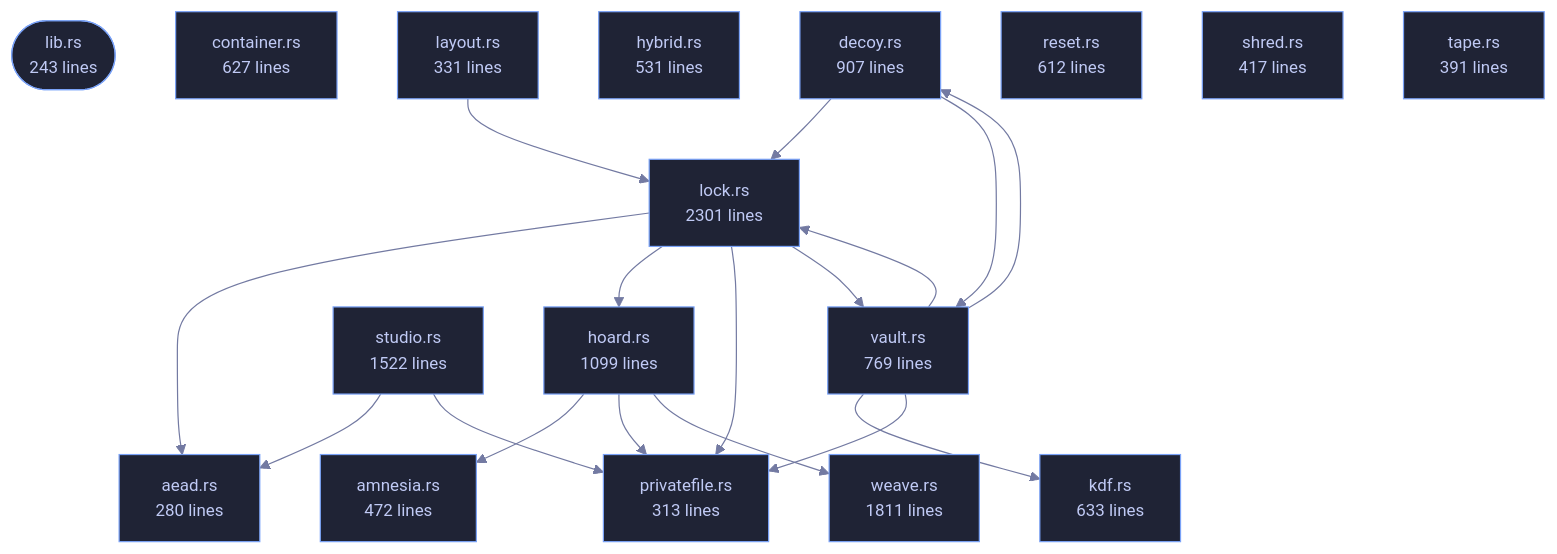
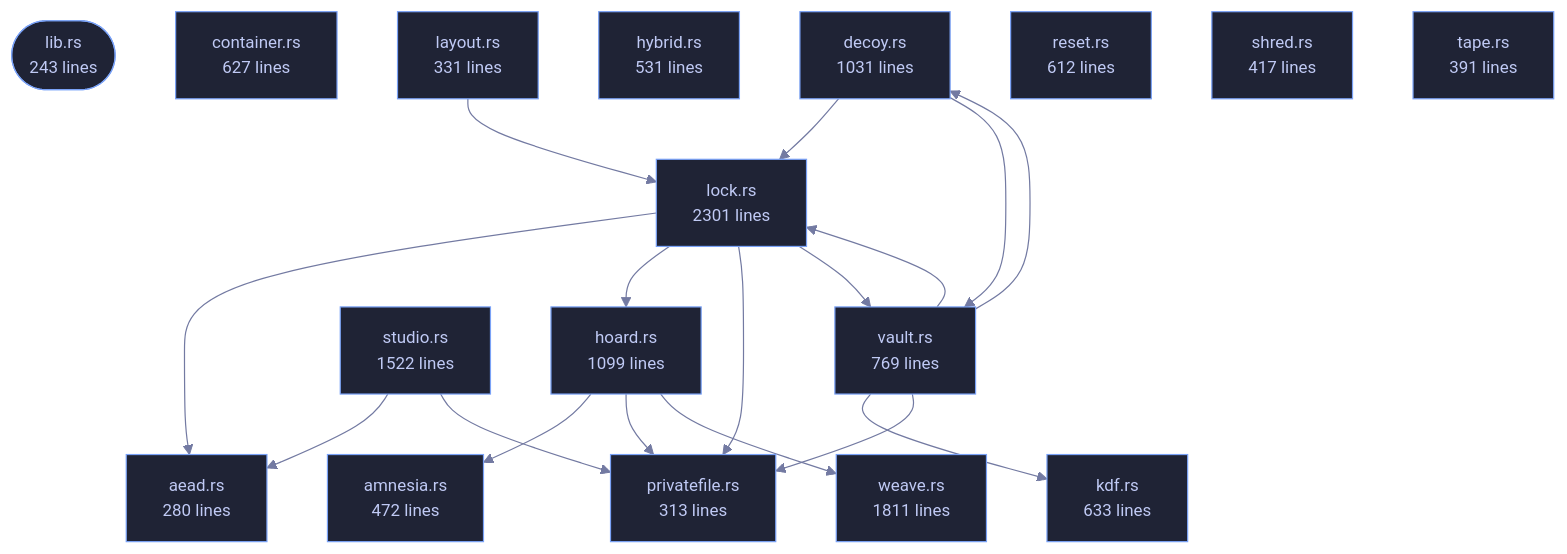
One commit to tilas01/veilvoice changed the diagram in crates/veilvoice-crypto/README.md. Above: the diagram before and after it, drawn with Mermaid. The commit also changed other lines of this file and 41 other files, not shown here.

````diff
--- a/crates/veilvoice-crypto/README.md
+++ b/crates/veilvoice-crypto/README.md
@@ -108,54 +108,54 @@
 ```mermaid
 %%{init: {"theme":"base","themeVariables":{"background":"#1a1b26","primaryColor":"#1f2335","primaryTextColor":"#c0caf5","primaryBorderColor":"#7aa2f7","secondaryColor":"#16161e","tertiaryColor":"#16161e","lineColor":"#737aa2","textColor":"#c0caf5","mainBkg":"#1f2335","nodeBorder":"#7aa2f7","clusterBkg":"#16161e","clusterBorder":"#2f3549","fontFamily":"ui-monospace, SFMono-Regular, Consolas, monospace","fontSize":"14px"}}}%%
 flowchart TD
     n_lib(["lib.rs<br/>243 lines"])
     n_aead["aead.rs<br/>280 lines"]
     n_amnesia["amnesia.rs<br/>472 lines"]
     n_container["container.rs<br/>627 lines"]
-    n_decoy["decoy.rs<br/>907 lines"]
+    n_decoy["decoy.rs<br/>1031 lines"]
     n_hoard["hoard.rs<br/>1099 lines"]
     n_hybrid["hybrid.rs<br/>531 lines"]
     n_kdf["kdf.rs<br/>633 lines"]
     n_layout["layout.rs<br/>331 lines"]
     n_lock["lock.rs<br/>2301 lines"]
     n_privatefile["privatefile.rs<br/>313 lines"]
     n_reset["reset.rs<br/>612 lines"]
     n_shred["shred.rs<br/>417 lines"]
     n_studio["studio.rs<br/>1522 lines"]
     n_tape["tape.rs<br/>391 lines"]
     n_vault["vault.rs<br/>769 lines"]
     n_weave["weave.rs<br/>1811 lines"]
     n_decoy --> n_lock
     n_decoy --> n_vault
     n_hoard --> n_amnesia
     n_hoard --> n_privatefile
     n_hoard --> n_weave
     n_layout --> n_lock
     n_lock --> n_aead
     n_lock --> n_hoard
     n_lock --> n_privatefile
     n_lock --> n_vault
     n_studio --> n_aead
     n_studio --> n_privatefile
     n_vault --> n_decoy
     n_vault --> n_kdf
     n_vault --> n_lock
     n_vault --> n_privatefile
     click n_lib href "https://github.com/tilas01/veilvoice/blob/main/crates/veilvoice-crypto/src/lib.rs" "open the source"
     click n_aead href "https://github.com/tilas01/veilvoice/blob/main/crates/veilvoice-crypto/src/aead.rs" "open the source"
     click n_amnesia href "https://github.com/tilas01/veilvoice/blob/main/crates/veilvoice-crypto/src/amnesia.rs" "open the source"
     click n_container href "https://github.com/tilas01/veilvoice/blob/main/crates/veilvoice-crypto/src/container.rs" "open the source"
     click n_decoy href "https://github.com/tilas01/veilvoice/blob/main/crates/veilvoice-crypto/src/decoy.rs" "open the source"
     click n_hoard href "https://github.com/tilas01/veilvoice/blob/main/crates/veilvoice-crypto/src/hoard.rs" "open the source"
     click n_hybrid href "https://github.com/tilas01/veilvoice/blob/main/crates/veilvoice-crypto/src/hybrid.rs" "open the source"
     click n_kdf href "https://github.com/tilas01/veilvoice/blob/main/crates/veilvoice-crypto/src/kdf.rs" "open the source"
     click n_layout href "https://github.com/tilas01/veilvoice/blob/main/crates/veilvoice-crypto/src/layout.rs" "open the source"
     click n_lock href "https://github.com/tilas01/veilvoice/blob/main/crates/veilvoice-crypto/src/lock.rs" "open the source"
     click n_privatefile href "https://github.com/tilas01/veilvoice/blob/main/crates/veilvoice-crypto/src/privatefile.rs" "open the source"
     click n_reset href "https://github.com/tilas01/veilvoice/blob/main/crates/veilvoice-crypto/src/reset.rs" "open the source"
     click n_shred href "https://github.com/tilas01/veilvoice/blob/main/crates/veilvoice-crypto/src/shred.rs" "open the source"
     click n_studio href "https://github.com/tilas01/veilvoice/blob/main/crates/veilvoice-crypto/src/studio.rs" "open the source"
     click n_tape href "https://github.com/tilas01/veilvoice/blob/main/crates/veilvoice-crypto/src/tape.rs" "open the source"
     click n_vault href "https://github.com/tilas01/veilvoice/blob/main/crates/veilvoice-crypto/src/vault.rs" "open the source"
     click n_weave href "https://github.com/tilas01/veilvoice/blob/main/crates/veilvoice-crypto/src/weave.rs" "open the source"
 ```
````
